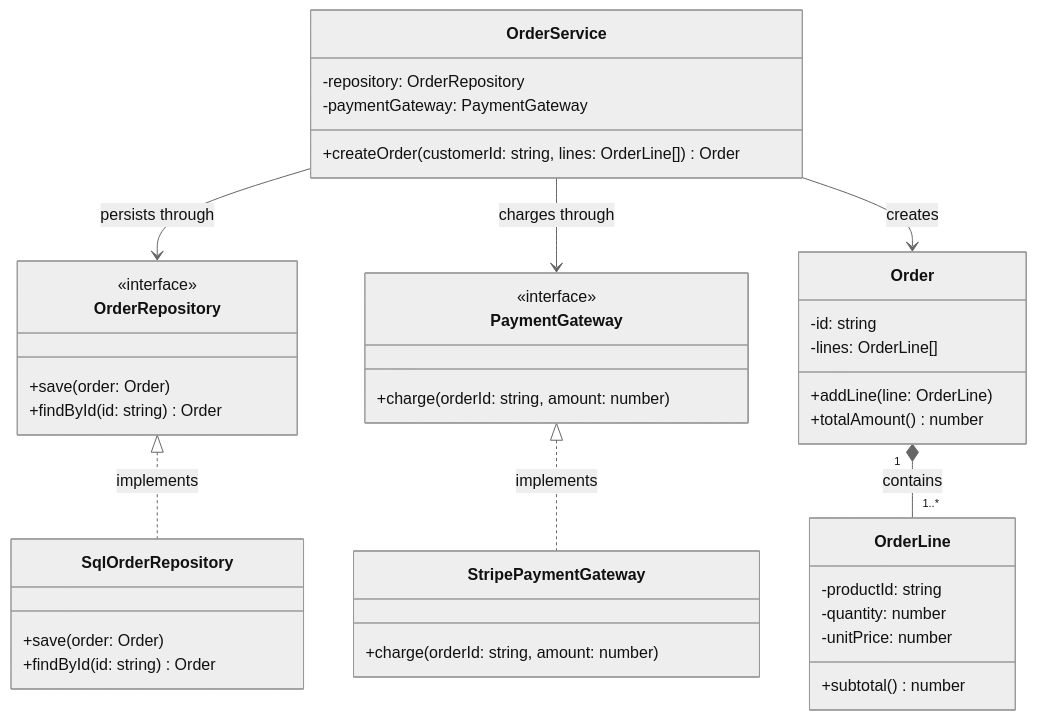
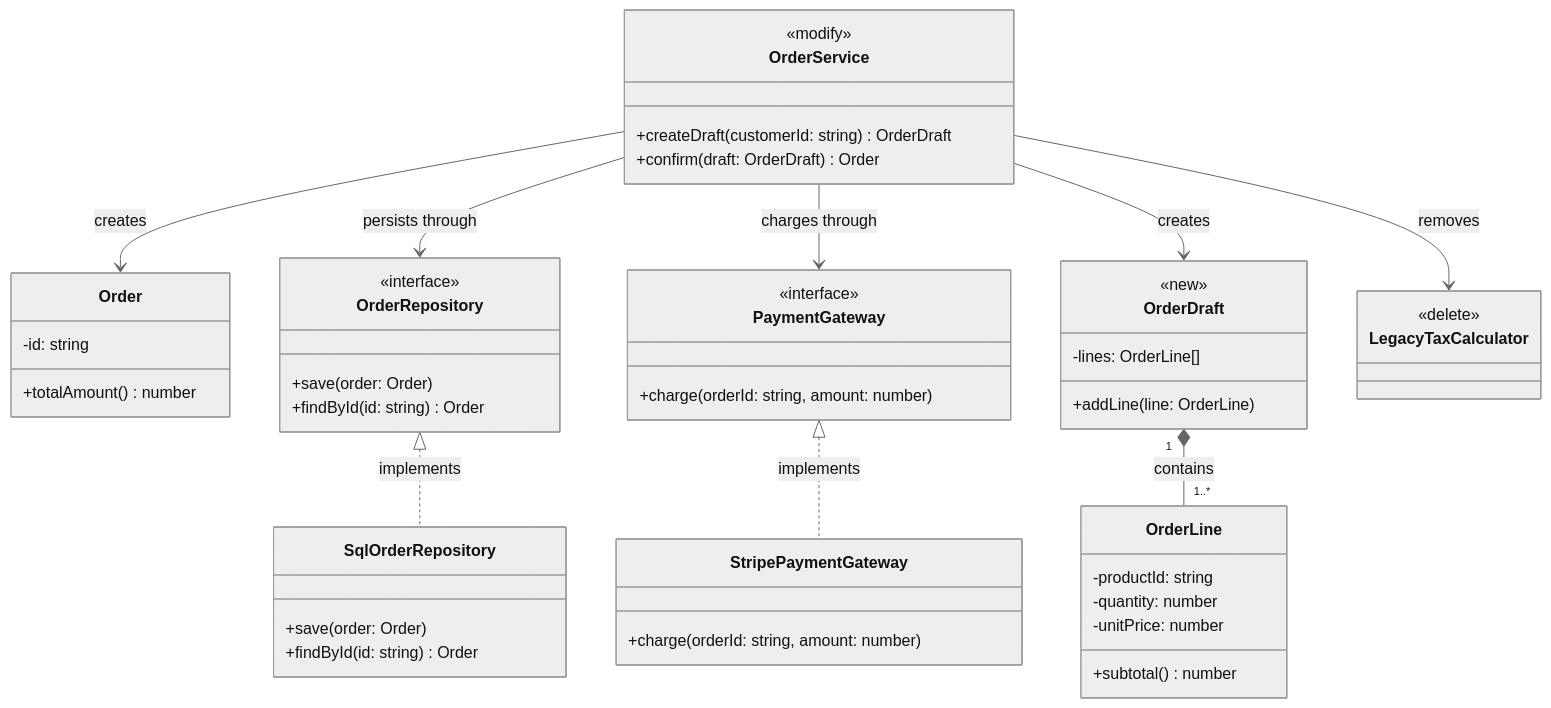
One commit to futureappworker/skill-creator changed the diagram in .agents/skills/plan-with-class-diagram/templates/類別設計提案.example.md. Above: the diagram before and after it, drawn with Mermaid (neutral theme). The commit also changed other lines of this file and 3 other files, not shown here.

Commit message:
feat: plan-with-class-diagram 支援類別圖變更標註與重構流程

````diff
--- a/.agents/skills/plan-with-class-diagram/templates/類別設計提案.example.md
+++ b/.agents/skills/plan-with-class-diagram/templates/類別設計提案.example.md
@@ -11,42 +11,56 @@
 ```mermaid
 classDiagram
+    classDef new fill:#e8f5e9,stroke:#2e7d32
+    classDef modify fill:#fff8e1,stroke:#f9a825
+    classDef delete fill:#ffebee,stroke:#c62828,stroke-dasharray:5 5
     class Order {
         -id: string
-        -lines: OrderLine[]
-        +addLine(line: OrderLine)
         +totalAmount() number
     }
     class OrderLine {
         -productId: string
         -quantity: number
         -unitPrice: number
         +subtotal() number
     }
+    class OrderDraft {
+        <<new>>
+        -lines: OrderLine[]
+        +addLine(line: OrderLine)
+    }
+    class OrderDraft:::new
     class OrderRepository {
         <<interface>>
         +save(order: Order)
         +findById(id: string) Order
     }
     class SqlOrderRepository {
         +save(order: Order)
         +findById(id: string) Order
     }
     class PaymentGateway {
         <<interface>>
         +charge(orderId: string, amount: number)
     }
     class StripePaymentGateway {
         +charge(orderId: string, amount: number)
     }
     class OrderService {
-        -repository: OrderRepository
-        -paymentGateway: PaymentGateway
-        +createOrder(customerId: string, lines: OrderLine[]) Order
+        <<modify>>
+        +createDraft(customerId: string) OrderDraft
+        +confirm(draft: OrderDraft) Order
     }
-    Order "1" *-- "1..*" OrderLine : contains
+    class OrderService:::modify
+    class LegacyTaxCalculator {
+        <<delete>>
+    }
+    class LegacyTaxCalculator:::delete
+    OrderDraft "1" *-- "1..*" OrderLine : contains
     OrderRepository <|.. SqlOrderRepository : implements
     PaymentGateway <|.. StripePaymentGateway : implements
     OrderService --> OrderRepository : persists through
     OrderService --> PaymentGateway : charges through
     OrderService --> Order : creates
+    OrderService --> OrderDraft : creates
+    OrderService --> LegacyTaxCalculator : removes
 ```
````
